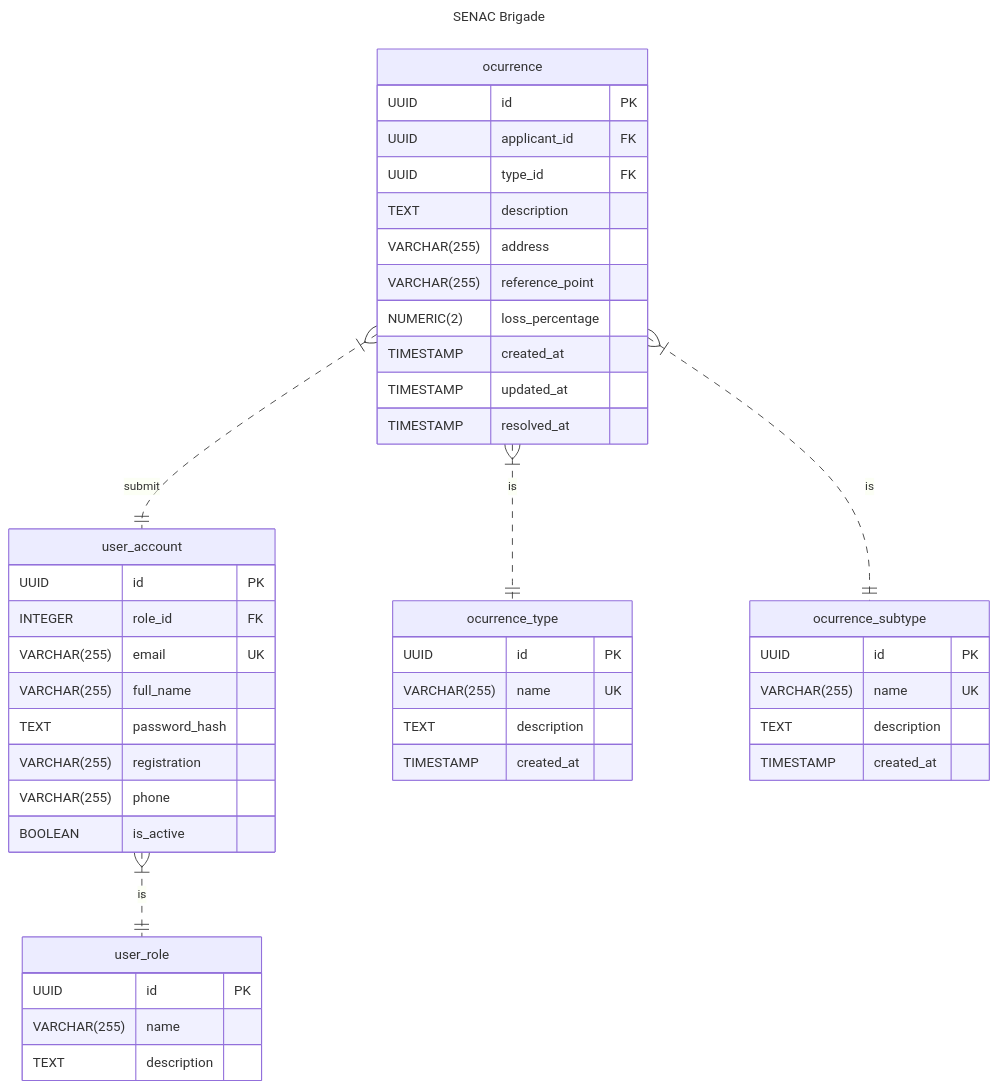
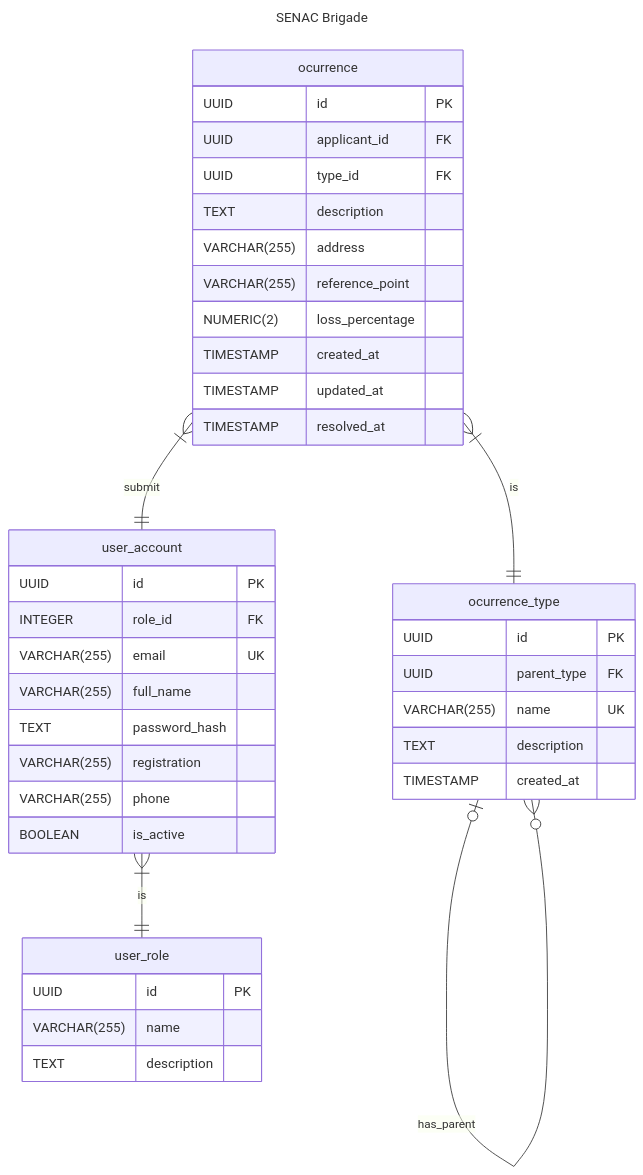
The diagram in README.md (Kacaii/senac-brigade-server), drawn with Mermaid before and after one commit. The commit also changed 1 other file, not shown here.

Commit message:
:card_file_box: ocurrence_type is now self-referential

````diff
--- a/README.md
+++ b/README.md
@@ -9,54 +9,48 @@
 ```mermaid
 ---
 title: SENAC Brigade
 ---
 erDiagram
 
     user_role {
         UUID id PK
         VARCHAR(255) name
         TEXT description
     }
 
-    user_account }|..|| user_role : is
+    user_account }|--|| user_role : is
     user_account {
         UUID id PK
         INTEGER role_id FK
         VARCHAR(255) email UK
         VARCHAR(255) full_name
         TEXT password_hash
         VARCHAR(255) registration
         VARCHAR(255) phone
         BOOLEAN is_active
     }
 
+    ocurrence_type |o--o{ ocurrence_type : has_parent
     ocurrence_type {
         UUID id PK
+        UUID parent_type FK
         VARCHAR(255) name UK
         TEXT description
         TIMESTAMP created_at
     }
 
-    ocurrence_subtype {
-        UUID id PK
-        VARCHAR(255) name UK
-        TEXT description
-        TIMESTAMP created_at
-    }
-
-    ocurrence }|..|| user_account : submit
-    ocurrence }|..|| ocurrence_type : is
-    ocurrence }|..|| ocurrence_subtype : is
+    ocurrence }|--|| user_account : submit
+    ocurrence }|--|| ocurrence_type : is
     ocurrence {
         UUID id PK
         UUID applicant_id FK
         UUID type_id FK
         TEXT description
         VARCHAR(255) address
         VARCHAR(255) reference_point
         NUMERIC(2) loss_percentage
         TIMESTAMP created_at
         TIMESTAMP updated_at
         TIMESTAMP resolved_at
     }
 ```
````
